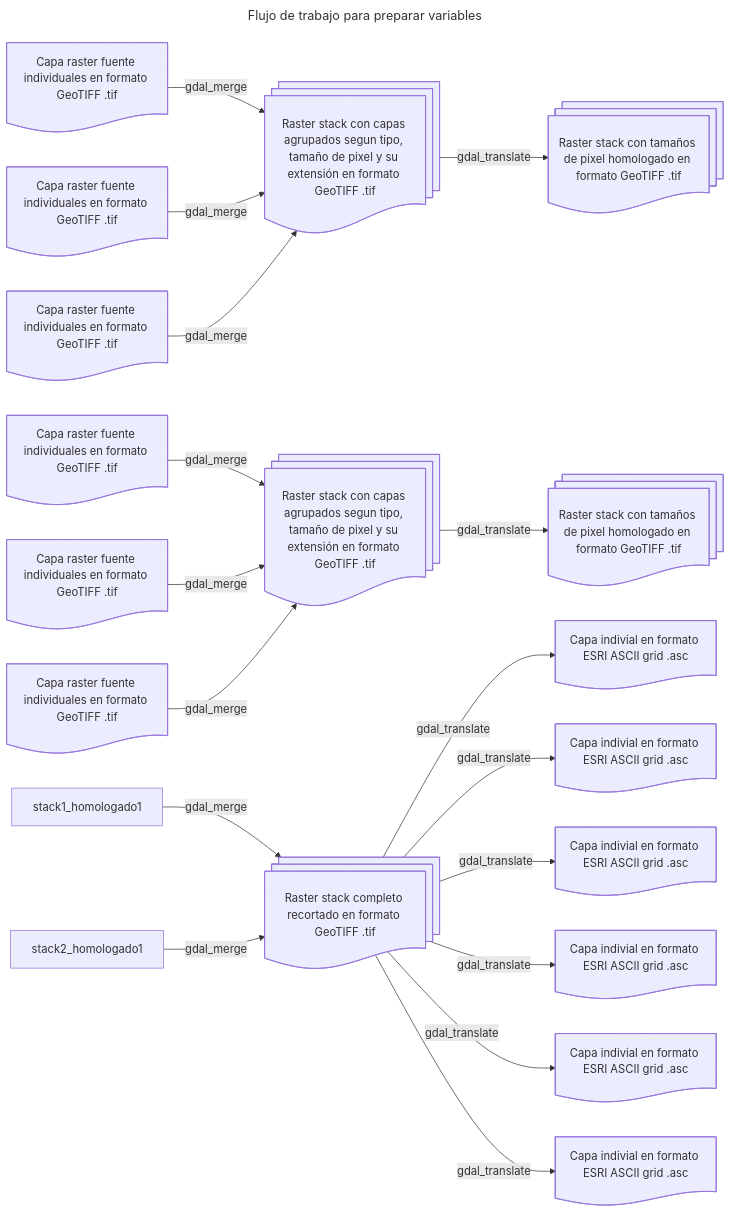
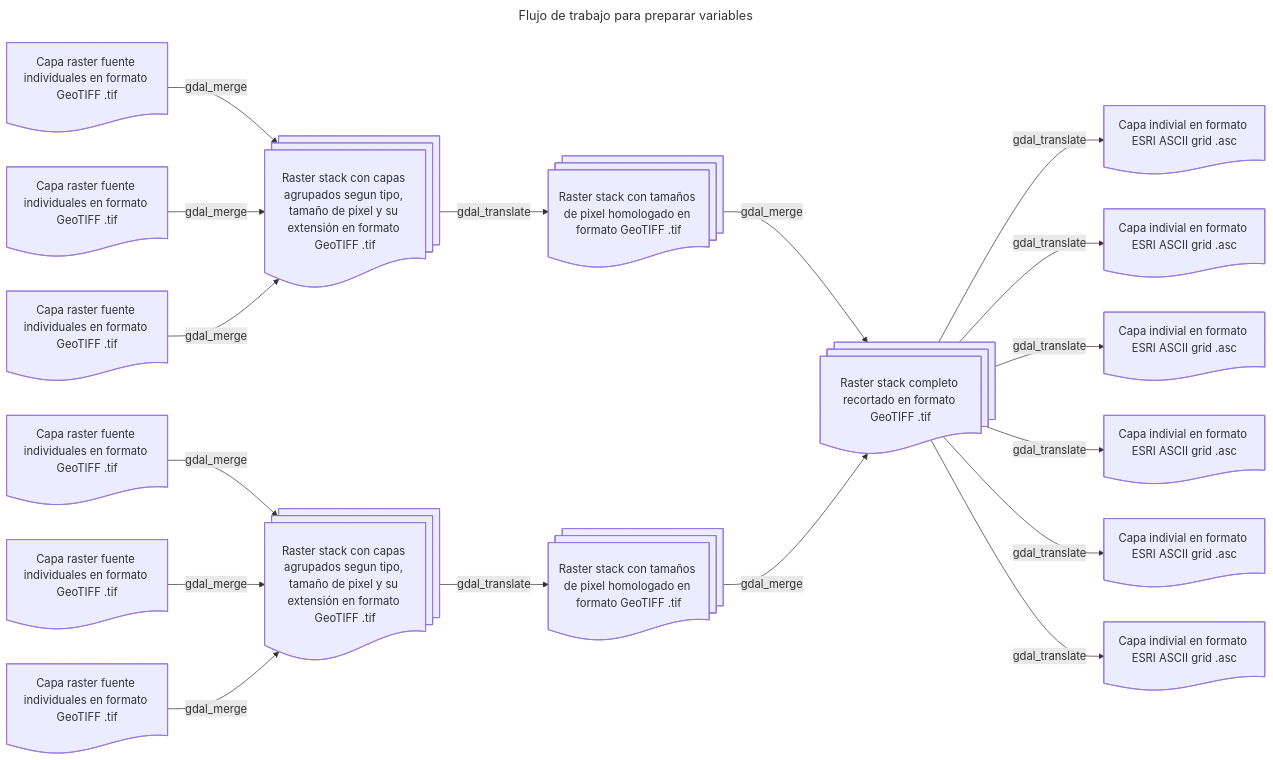
One commit to vshalisko/SDM changed the diagram in 2025_variables/variable_workflow.mermaid. Above: the diagram before and after it, drawn with Mermaid.

```diff
--- a/2025_variables/variable_workflow.mermaid
+++ b/2025_variables/variable_workflow.mermaid
@@ -1,37 +1,37 @@
 ---
 title: Flujo de trabajo para preparar variables
 ---
 flowchart LR
   raster_fuente1@{shape: doc, label: "Capa raster fuente individuales en formato GeoTIFF .tif"}
   raster_fuente2@{shape: doc, label: "Capa raster fuente individuales en formato GeoTIFF .tif"}
   raster_fuente3@{shape: doc, label: "Capa raster fuente individuales en formato GeoTIFF .tif"}
   raster_fuente4@{shape: doc, label: "Capa raster fuente individuales en formato GeoTIFF .tif"}
   raster_fuente5@{shape: doc, label: "Capa raster fuente individuales en formato GeoTIFF .tif"}
   raster_fuente6@{shape: doc, label: "Capa raster fuente individuales en formato GeoTIFF .tif"}
   stack_por_tipo1@{shape: docs, label: "Raster stack con capas agrupados segun tipo, tamaño de pixel y su extensión en formato GeoTIFF .tif"}
   stack_por_tipo2@{shape: docs, label: "Raster stack con capas agrupados segun tipo, tamaño de pixel y su extensión en formato GeoTIFF .tif"}
   stack_homologado1@{shape: docs, label: "Raster stack con tamaños de pixel homologado en formato GeoTIFF .tif"}
   stack_homologado2@{shape: docs, label: "Raster stack con tamaños de pixel homologado en formato GeoTIFF .tif"}
   stack_completo@{shape: docs, label: "Raster stack completo recortado en formato GeoTIFF .tif"}
   asc1@{shape: doc, label: "Capa indivial en formato ESRI ASCII grid .asc"}
   asc2@{shape: doc, label: "Capa indivial en formato ESRI ASCII grid .asc"}
   asc3@{shape: doc, label: "Capa indivial en formato ESRI ASCII grid .asc"}
   asc4@{shape: doc, label: "Capa indivial en formato ESRI ASCII grid .asc"}
   asc5@{shape: doc, label: "Capa indivial en formato ESRI ASCII grid .asc"}
   asc6@{shape: doc, label: "Capa indivial en formato ESRI ASCII grid .asc"}
   raster_fuente1 --gdal_merge--> stack_por_tipo1 
   raster_fuente2 --gdal_merge--> stack_por_tipo1 
   raster_fuente3 --gdal_merge--> stack_por_tipo1 
   raster_fuente4 --gdal_merge--> stack_por_tipo2 
   raster_fuente5 --gdal_merge--> stack_por_tipo2 
   raster_fuente6 --gdal_merge--> stack_por_tipo2 
   stack_por_tipo1 --gdal_translate--> stack_homologado1
   stack_por_tipo2 --gdal_translate--> stack_homologado2
-  stack1_homologado1 --gdal_merge--> stack_completo
-  stack2_homologado1 --gdal_merge--> stack_completo
+  stack_homologado1 --gdal_merge--> stack_completo
+  stack_homologado2 --gdal_merge--> stack_completo
   stack_completo --gdal_translate--> asc1 
   stack_completo --gdal_translate--> asc2 
   stack_completo --gdal_translate--> asc3 
   stack_completo --gdal_translate--> asc4 
   stack_completo --gdal_translate--> asc5 
   stack_completo --gdal_translate--> asc6 
```
